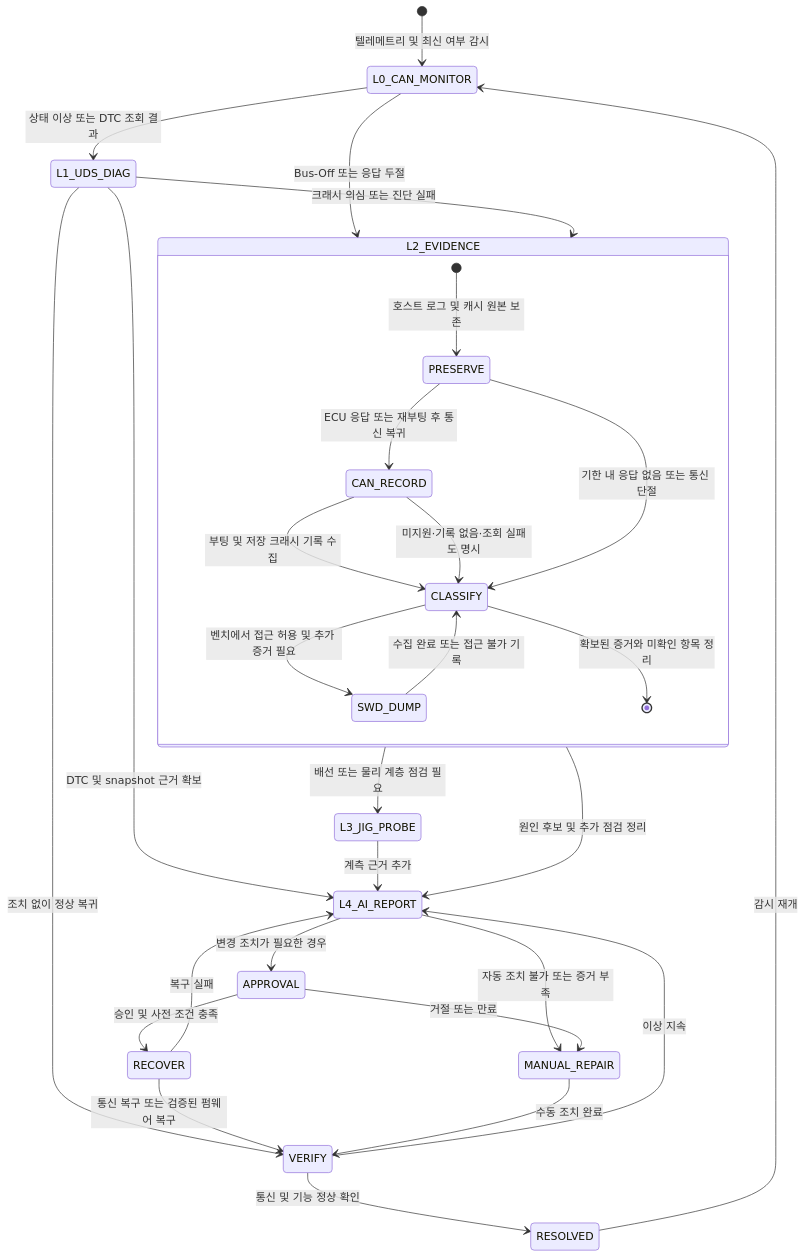
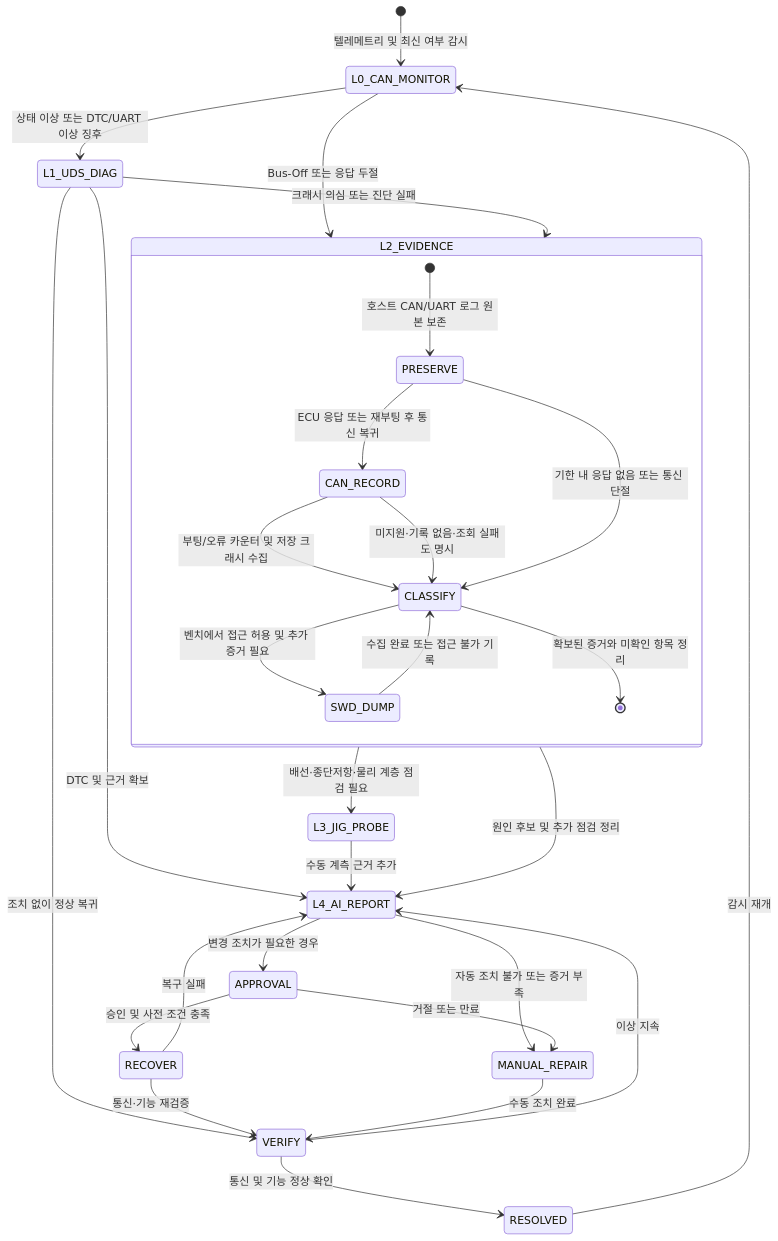
One commit to ssafy16-embbedded21-team1-2/ssafy_embedded_pjt_setup changed the second of 2 diagrams in docs/설계_장비별기능_및_AgentTool인터페이스.md. Above: the diagram before and after it, drawn with Mermaid. The commit also changed other lines of this file and 16 other files, not shown here.

````diff
--- a/docs/설계_장비별기능_및_AgentTool인터페이스.md
+++ b/docs/설계_장비별기능_및_AgentTool인터페이스.md
@@ -233,34 +199,34 @@
 ```mermaid
 stateDiagram-v2
     [*] --> L0_CAN_MONITOR: 텔레메트리 및 최신 여부 감시
-    L0_CAN_MONITOR --> L1_UDS_DIAG: 상태 이상 또는 DTC 조회 결과
+    L0_CAN_MONITOR --> L1_UDS_DIAG: 상태 이상 또는 DTC/UART 이상 징후
     L0_CAN_MONITOR --> L2_EVIDENCE: Bus-Off 또는 응답 두절
     L1_UDS_DIAG --> L2_EVIDENCE: 크래시 의심 또는 진단 실패
-    L1_UDS_DIAG --> L4_AI_REPORT: DTC 및 snapshot 근거 확보
+    L1_UDS_DIAG --> L4_AI_REPORT: DTC 및 근거 확보
     L1_UDS_DIAG --> VERIFY: 조치 없이 정상 복귀
 
     state L2_EVIDENCE {
-        [*] --> PRESERVE: 호스트 로그 및 캐시 원본 보존
+        [*] --> PRESERVE: 호스트 CAN/UART 로그 원본 보존
         PRESERVE --> CAN_RECORD: ECU 응답 또는 재부팅 후 통신 복귀
-        CAN_RECORD --> CLASSIFY: 부팅 및 저장 크래시 기록 수집
+        CAN_RECORD --> CLASSIFY: 부팅/오류 카운터 및 저장 크래시 수집
         CAN_RECORD --> CLASSIFY: 미지원·기록 없음·조회 실패도 명시
         PRESERVE --> CLASSIFY: 기한 내 응답 없음 또는 통신 단절
         CLASSIFY --> SWD_DUMP: 벤치에서 접근 허용 및 추가 증거 필요
         SWD_DUMP --> CLASSIFY: 수집 완료 또는 접근 불가 기록
         CLASSIFY --> [*]: 확보된 증거와 미확인 항목 정리
     }
 
-    L2_EVIDENCE --> L3_JIG_PROBE: 배선 또는 물리 계층 점검 필요
+    L2_EVIDENCE --> L3_JIG_PROBE: 배선·종단저항·물리 계층 점검 필요
     L2_EVIDENCE --> L4_AI_REPORT: 원인 후보 및 추가 점검 정리
-    L3_JIG_PROBE --> L4_AI_REPORT: 계측 근거 추가
+    L3_JIG_PROBE --> L4_AI_REPORT: 수동 계측 근거 추가
     L4_AI_REPORT --> APPROVAL: 변경 조치가 필요한 경우
     L4_AI_REPORT --> MANUAL_REPAIR: 자동 조치 불가 또는 증거 부족
     APPROVAL --> RECOVER: 승인 및 사전 조건 충족
     APPROVAL --> MANUAL_REPAIR: 거절 또는 만료
-    RECOVER --> VERIFY: 통신 복구 또는 검증된 펌웨어 복구
+    RECOVER --> VERIFY: 통신·기능 재검증
     RECOVER --> L4_AI_REPORT: 복구 실패
     MANUAL_REPAIR --> VERIFY: 수동 조치 완료
     VERIFY --> RESOLVED: 통신 및 기능 정상 확인
     VERIFY --> L4_AI_REPORT: 이상 지속
     RESOLVED --> L0_CAN_MONITOR: 감시 재개
 ```
````
